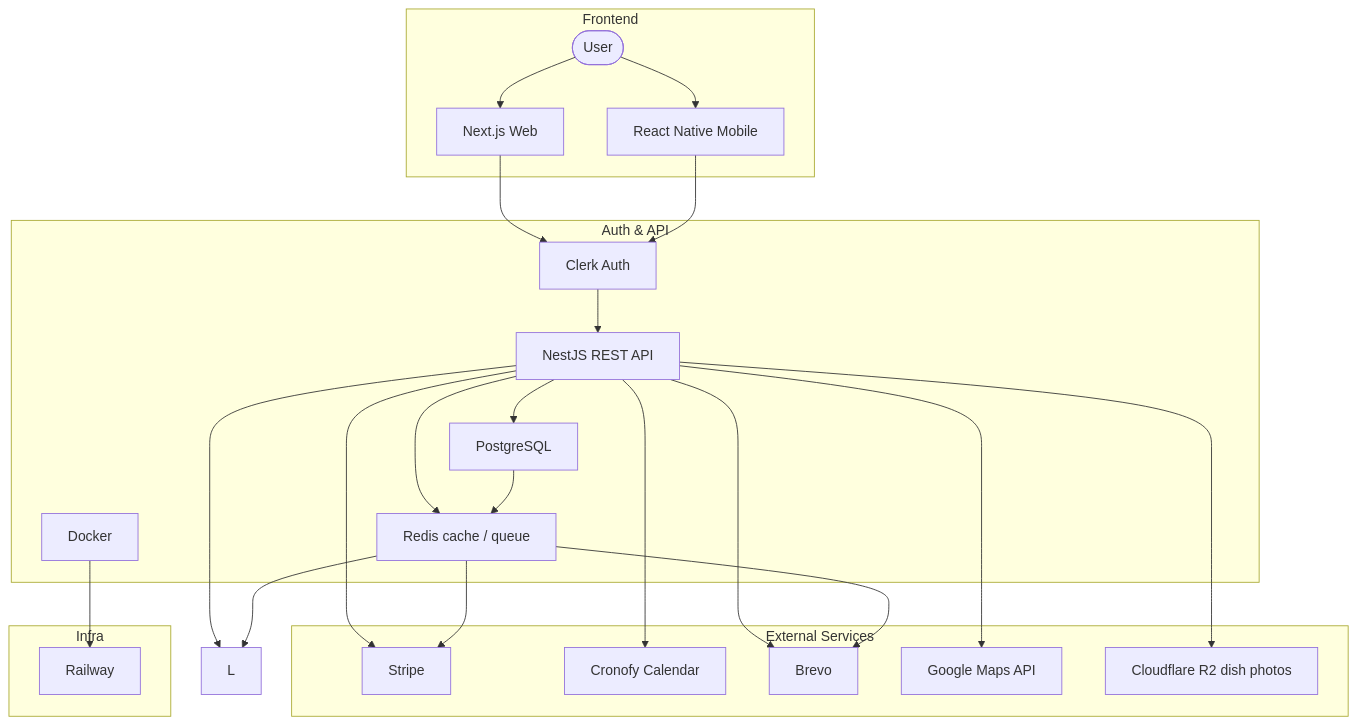
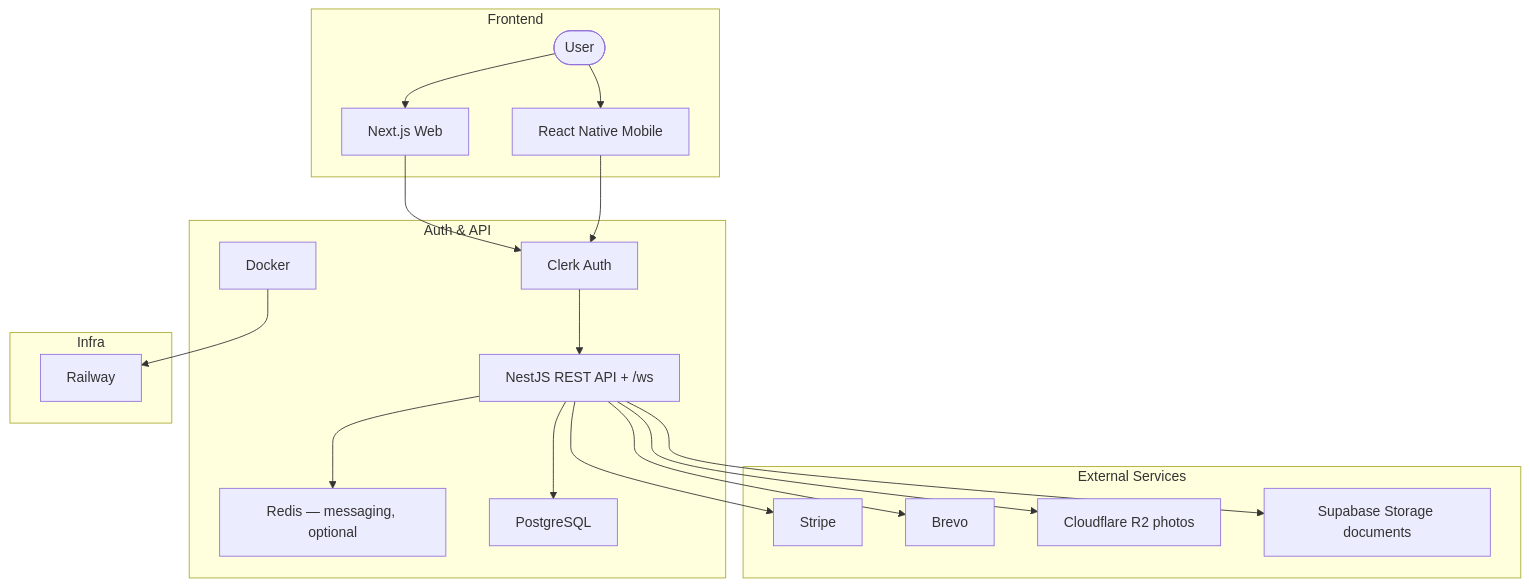
Before and after one commit to LabsFood/LF-BackEnd: the diagram in README.md, drawn with Mermaid. The commit also changed other lines of this file and 11 other files, not shown here.

````diff
--- a/README.md
+++ b/README.md
@@ -44,47 +44,40 @@
 ```mermaid
 graph TD
     subgraph Frontend
         A([User])
         B[Next.js Web]
         C[React Native Mobile]
     end
 
     subgraph Auth_and_API["Auth & API"]
         D[Clerk Auth]
-        E[NestJS REST API]
+        E[NestJS REST API + /ws]
         F[Docker]
-        G[Redis cache / queue]
+        G[Redis — messaging, optional]
         H[PostgreSQL]
     end
 
     subgraph External_Services["External Services"]
         I[Stripe]
-        J[Cronofy Calendar]
         K[Brevo]
-        M[Google Maps API]
-        N[Cloudflare R2 dish photos]
+        N[Cloudflare R2 photos]
+        P[Supabase Storage documents]
     end
 
     subgraph Infra
         O[Railway]
     end
 
     A --> B
     A --> C
     B --> D
     C --> D
     D --> E
     E --> H
     E --> G
     E --> I
-    E --> J
     E --> K
-    E --> L
-    E --> M
     E --> N
-    G --> K
-    G --> L
-    G --> I
-    H --> G
+    E --> P
     F --> O
 ```
````
